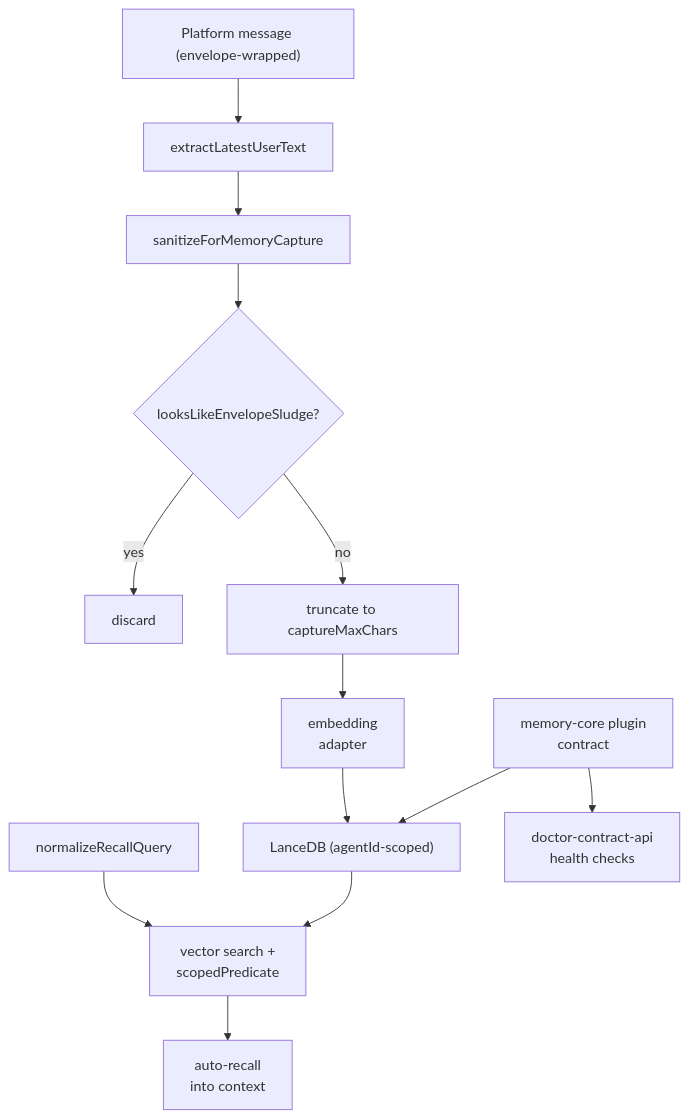
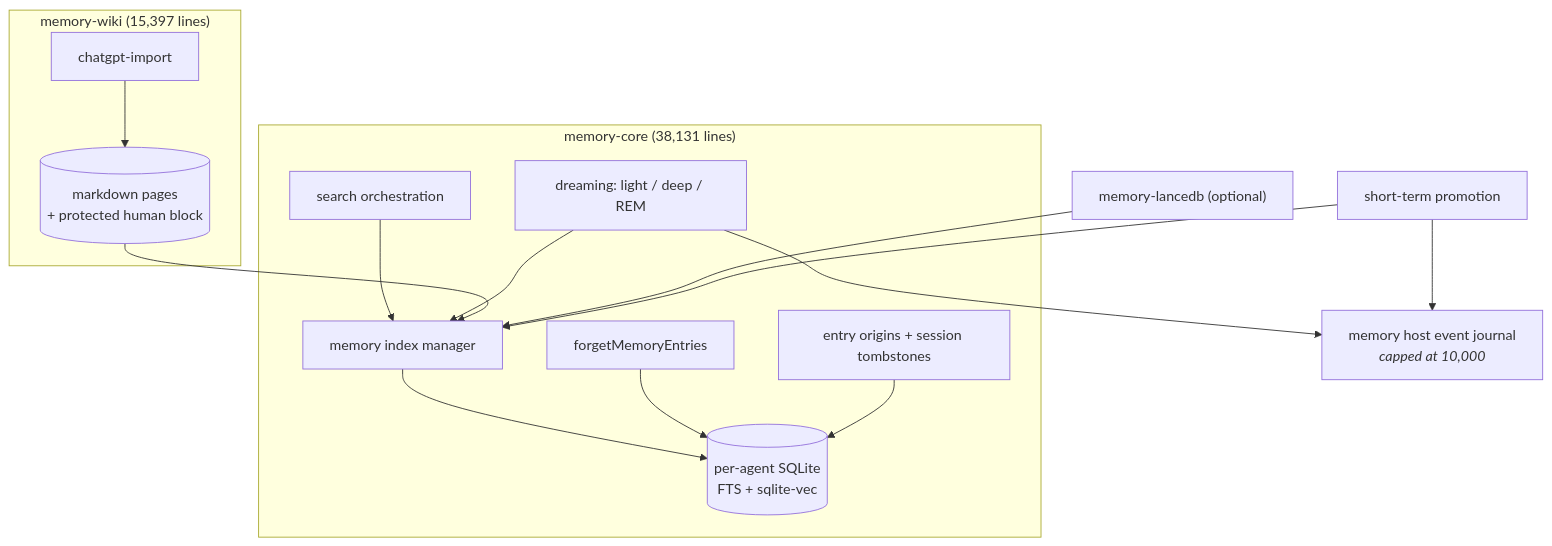
One commit to neoneye/agent-memory-atlas changed the second of 2 diagrams in content/systems/openclaw.md. Above: the diagram before and after it, drawn with Mermaid. The commit also changed other lines of this file and 17 other files, not shown here.

````diff
--- a/content/systems/openclaw.md
+++ b/content/systems/openclaw.md
@@ -118,16 +162,20 @@
 ```mermaid
-%% caption: capture and recall over one agent-scoped store, with the plugin contract and its health checks around them
+%% caption: memory-core holds the index, the consolidation pass and the deletion path; the wiki holds the reviewed material; LanceDB is one backend among the storage options
 flowchart TD
-  Msg["Platform message (envelope-wrapped)"] --> Extract["extractLatestUserText"]
-  Extract --> Sanitize["sanitizeForMemoryCapture"]
-  Sanitize --> Sludge{"looksLikeEnvelopeSludge?"}
-  Sludge -->|yes| Drop["discard"]
-  Sludge -->|no| Cap["truncate to captureMaxChars"]
-  Cap --> Embed["embedding<br/>adapter"]
-  Embed --> Store["LanceDB (agentId-scoped)"]
-  Query["normalizeRecallQuery"] --> Search["vector search +<br/>scopedPredicate"]
-  Store --> Search
-  Search --> Ctx["auto-recall<br/>into context"]
-  Core["memory-core plugin<br/>contract"] --> Store
-  Core --> Doctor["doctor-contract-api<br/>health checks"]
+  subgraph core["memory-core (38,131 lines)"]
+    MGR["memory index manager"] --> DB[("per-agent SQLite<br/>FTS + sqlite-vec")]
+    ORCH["search orchestration"] --> MGR
+    DRM["dreaming: light / deep / REM"] --> MGR
+    FGT["forgetMemoryEntries"] --> DB
+    ORG["entry origins + session tombstones"] --> DB
+  end
+  subgraph wiki["memory-wiki (15,397 lines)"]
+    IMPORT["chatgpt-import"] --> PAGES[("markdown pages<br/>+ protected human block")]
+  end
+  PAGES --> MGR
+  LDB["memory-lancedb (optional)"] --> MGR
+  EV["memory host event journal<br/><i>capped at 10,000</i>"]
+  DRM --> EV
+  PROMO["short-term promotion"] --> EV
+  PROMO --> MGR
 ```
````
